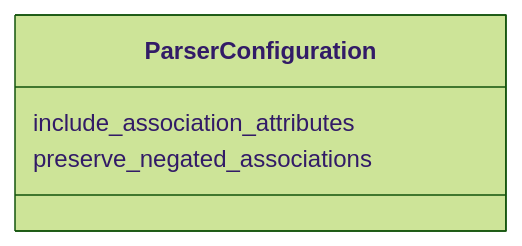
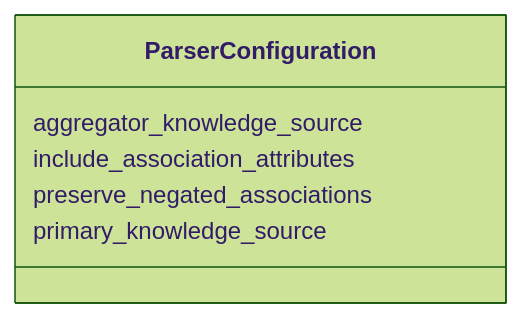
Before and after one commit to INCATools/ontology-access-kit: the diagram in association/ParserConfiguration.md, drawn with Mermaid (forest theme). The commit also changed other lines of this file and 57 other files, not shown here.

````diff
--- a/association/ParserConfiguration.md
+++ b/association/ParserConfiguration.md
@@ -9,9 +9,13 @@
 ```{mermaid}
  classDiagram
     class ParserConfiguration
+      ParserConfiguration : aggregator_knowledge_source
+        
       ParserConfiguration : include_association_attributes
         
       ParserConfiguration : preserve_negated_associations
         
+      ParserConfiguration : primary_knowledge_source
+        
       
 ```
````
